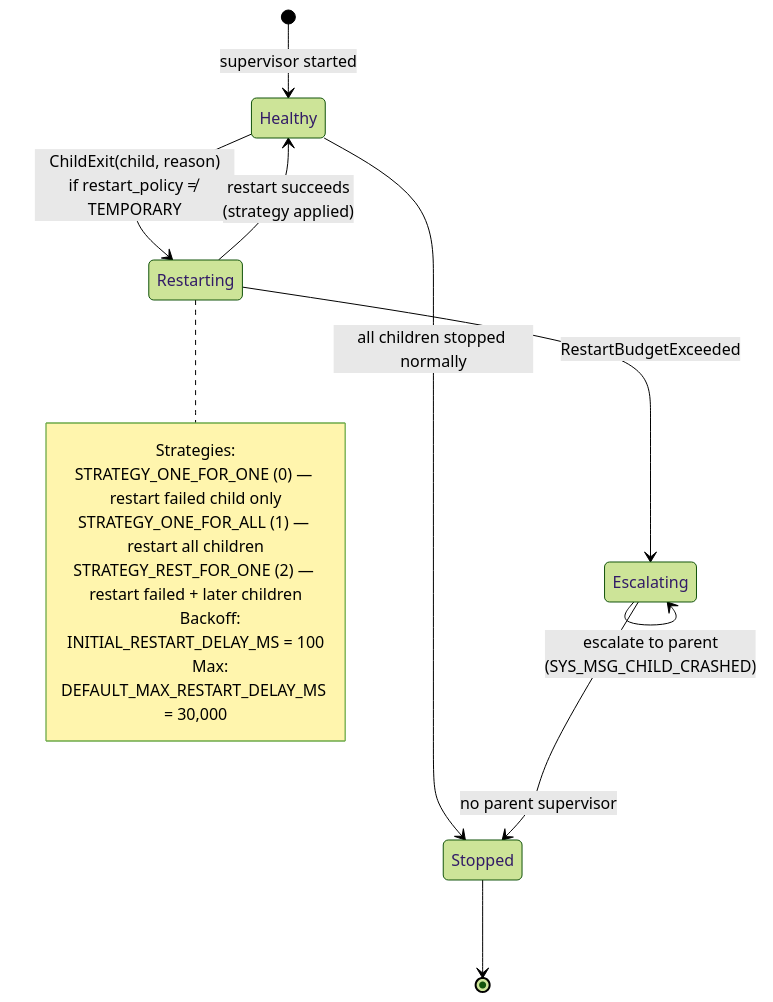
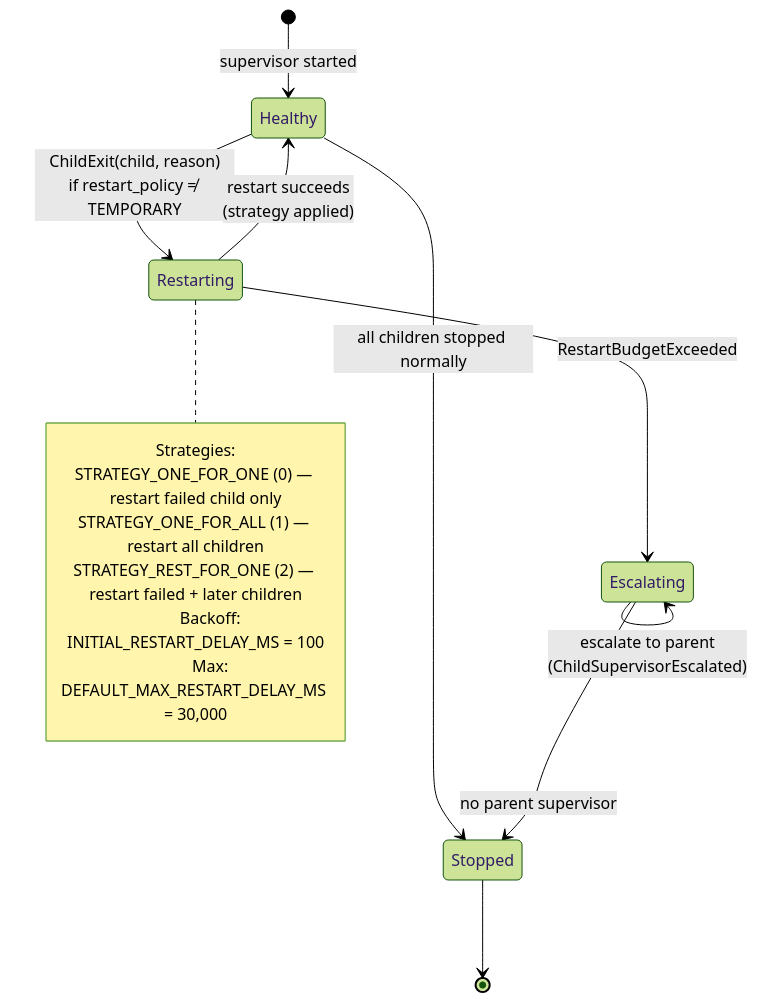
The seventh of 7 diagrams in docs/diagrams.md (hew-lang/hew), drawn with Mermaid (forest theme) before and after one commit. The commit also changed other lines of this file and 5 other files, not shown here.

First line of the commit message:
docs: name system messages by their HewSysMsg variant

````diff
--- a/docs/diagrams.md
+++ b/docs/diagrams.md
@@ -336,25 +336,25 @@
 ```mermaid
 stateDiagram-v2
     [*] --> Healthy: supervisor started
 
     Healthy --> Restarting: ChildExit(child, reason)<br/>if restart_policy ≠ TEMPORARY
 
     Restarting --> Healthy: restart succeeds<br/>(strategy applied)
     Restarting --> Escalating: RestartBudgetExceeded
 
     Healthy --> Stopped: all children stopped normally
     Escalating --> Stopped: no parent supervisor
-    Escalating --> Escalating: escalate to parent<br/>(SYS_MSG_CHILD_CRASHED)
+    Escalating --> Escalating: escalate to parent<br/>(ChildSupervisorEscalated)
 
     Stopped --> [*]
 
     note right of Restarting
         Strategies:
         STRATEGY_ONE_FOR_ONE (0) — restart failed child only
         STRATEGY_ONE_FOR_ALL (1) — restart all children
         STRATEGY_REST_FOR_ONE (2) — restart failed + later children
 
         Backoff: INITIAL_RESTART_DELAY_MS = 100
         Max: DEFAULT_MAX_RESTART_DELAY_MS = 30,000
     end note
 ```
````
